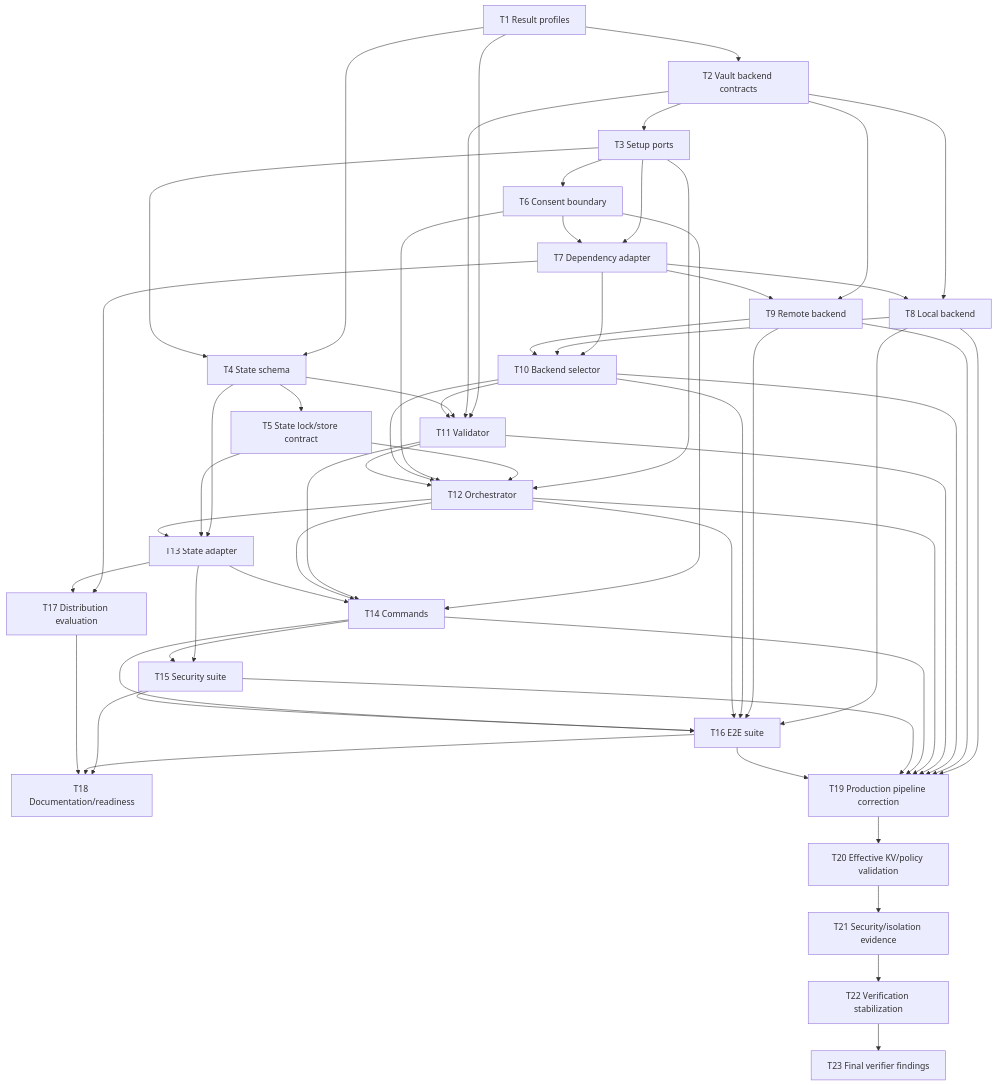
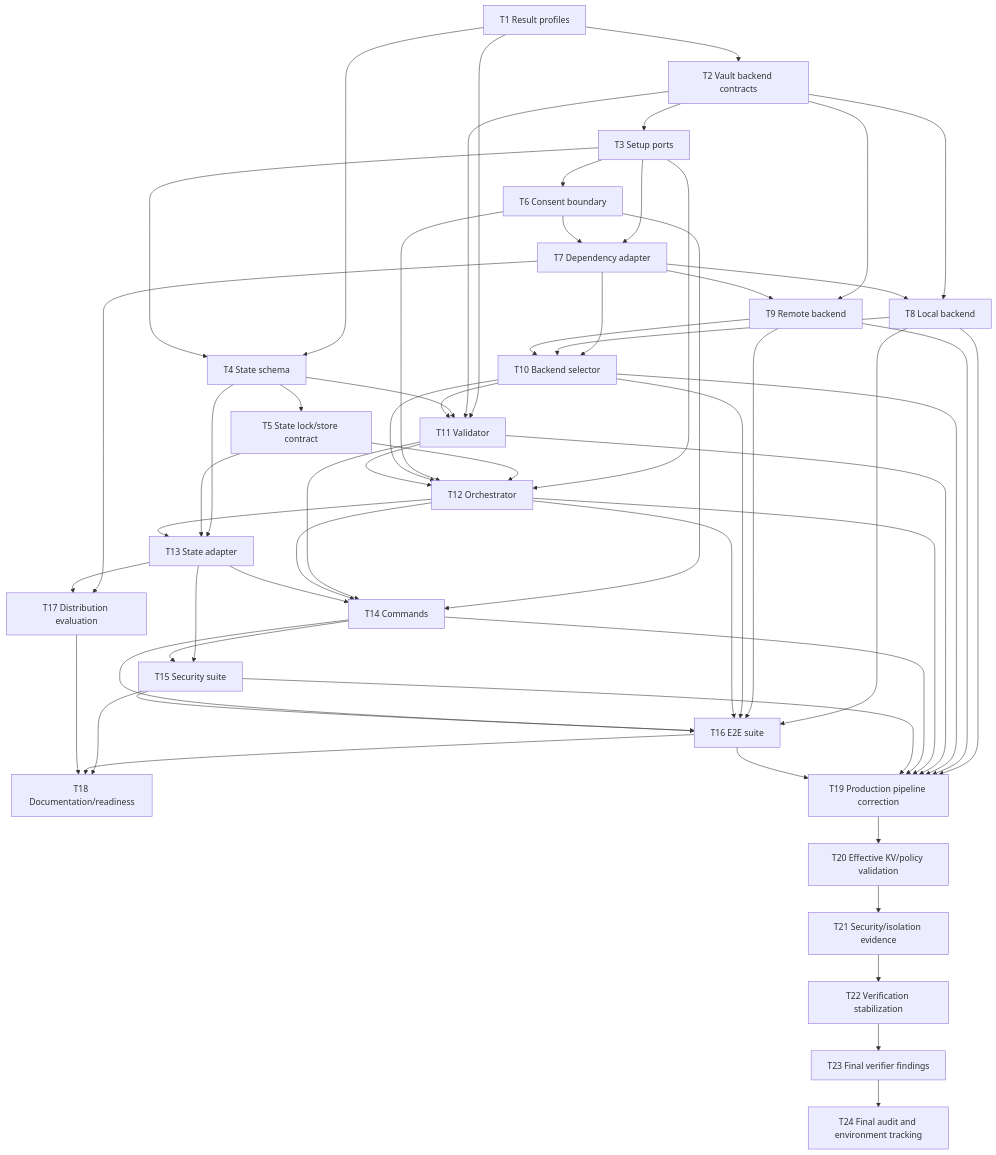
The diagram in .specs/features/devvault-setup/tasks.md (fean-developer/devvault), drawn with Mermaid before and after one commit. The commit also changed other lines of this file and 14 other files, not shown here.

````diff
--- a/.specs/features/devvault-setup/tasks.md
+++ b/.specs/features/devvault-setup/tasks.md
@@ -591,59 +612,60 @@
 ```mermaid
 flowchart TD
     T1[T1 Result profiles] --> T2[T2 Vault backend contracts]
     T2 --> T3[T3 Setup ports]
     T1 --> T4[T4 State schema]
     T3 --> T4
     T4 --> T5[T5 State lock/store contract]
     T3 --> T6[T6 Consent boundary]
     T3 --> T7[T7 Dependency adapter]
     T6 --> T7
     T2 --> T8[T8 Local backend]
     T7 --> T8
     T2 --> T9[T9 Remote backend]
     T7 --> T9
     T7 --> T10[T10 Backend selector]
     T8 --> T10
     T9 --> T10
     T1 --> T11[T11 Validator]
     T2 --> T11
     T4 --> T11
     T10 --> T11
     T3 --> T12[T12 Orchestrator]
     T5 --> T12
     T6 --> T12
     T10 --> T12
     T11 --> T12
     T4 --> T13[T13 State adapter]
     T5 --> T13
     T12 --> T13
     T6 --> T14[T14 Commands]
     T11 --> T14
     T12 --> T14
     T13 --> T14
     T13 --> T15[T15 Security suite]
     T14 --> T15
     T8 --> T16[T16 E2E suite]
     T9 --> T16
     T10 --> T16
     T12 --> T16
     T14 --> T16
     T15 --> T16
     T7 --> T17[T17 Distribution evaluation]
     T13 --> T17
     T15 --> T18[T18 Documentation/readiness]
     T16 --> T18
     T17 --> T18
     T8 --> T19[T19 Production pipeline correction]
     T9 --> T19
     T10 --> T19
     T11 --> T19
     T12 --> T19
     T14 --> T19
     T15 --> T19
     T16 --> T19
     T19 --> T20[T20 Effective KV/policy validation]
     T20 --> T21[T21 Security/isolation evidence]
     T21 --> T22[T22 Verification stabilization]
     T22 --> T23[T23 Final verifier findings]
+    T23 --> T24[T24 Final audit and environment tracking]
 ```
````
